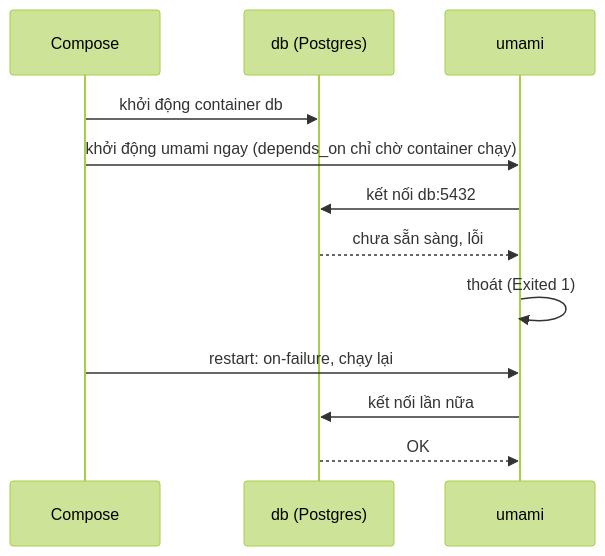
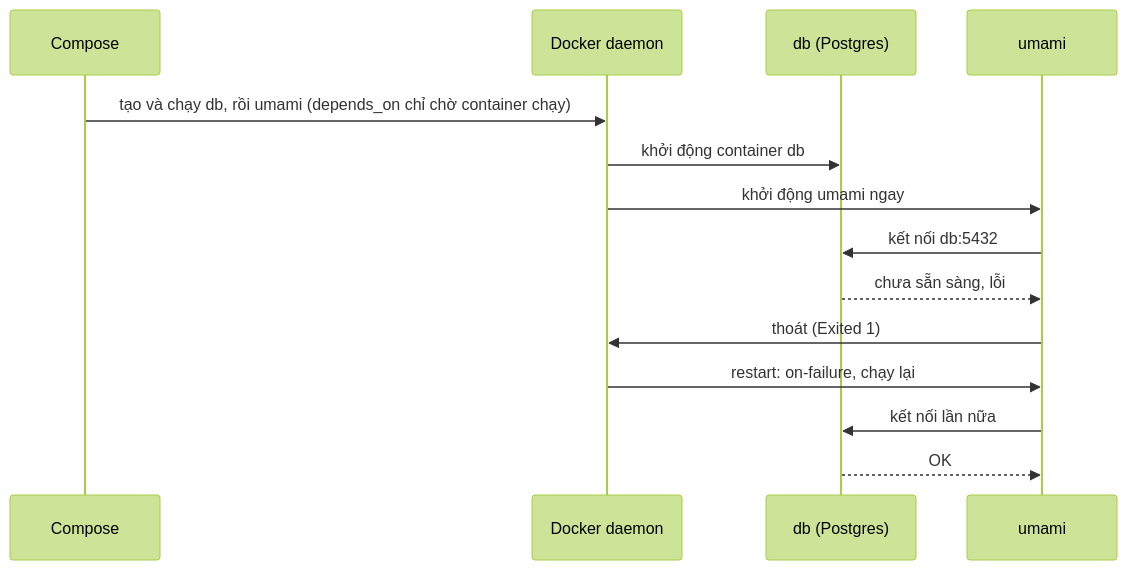
One commit to hcmute-dsc/learning-hub-track-docker-basics changed the second of 2 diagrams in tracks/docker-basics/modules/05-compose/lessons/02-umami-postgres.md. Above: the diagram before and after it, drawn with Mermaid (forest theme). The commit also changed other lines of this file and 28 other files, not shown here.

````diff
--- a/tracks/docker-basics/modules/05-compose/lessons/02-umami-postgres.md
+++ b/tracks/docker-basics/modules/05-compose/lessons/02-umami-postgres.md
@@ -146,14 +146,16 @@
 ```mermaid
 sequenceDiagram
   participant C as Compose
+  participant K as Docker daemon
   participant D as db (Postgres)
   participant U as umami
-  C->>D: khởi động container db
-  C->>U: khởi động umami ngay (depends_on chỉ chờ container chạy)
+  C->>K: tạo và chạy db, rồi umami (depends_on chỉ chờ container chạy)
+  K->>D: khởi động container db
+  K->>U: khởi động umami ngay
   U->>D: kết nối db:5432
   D-->>U: chưa sẵn sàng, lỗi
-  U->>U: thoát (Exited 1)
-  C->>U: restart: on-failure, chạy lại
+  U->>K: thoát (Exited 1)
+  K->>U: restart: on-failure, chạy lại
   U->>D: kết nối lần nữa
   D-->>U: OK
 ```
````
